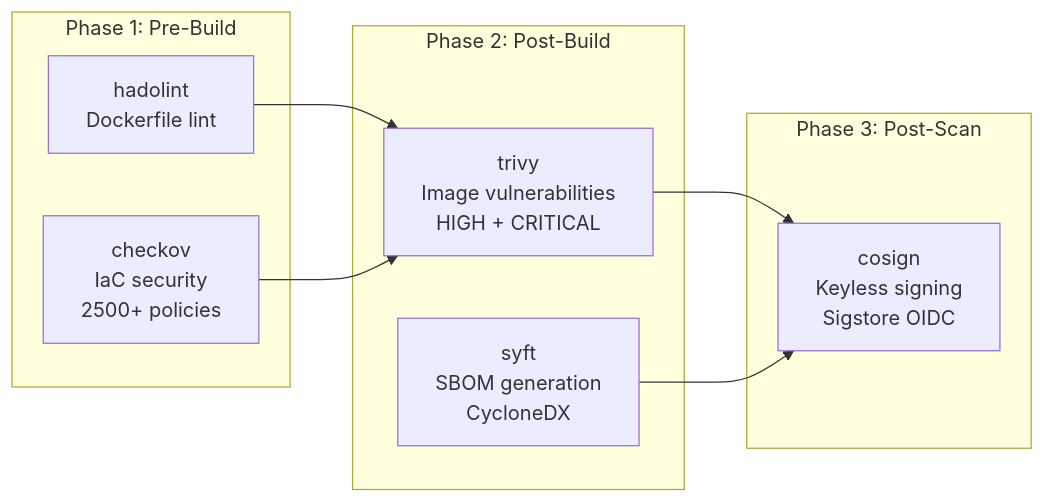
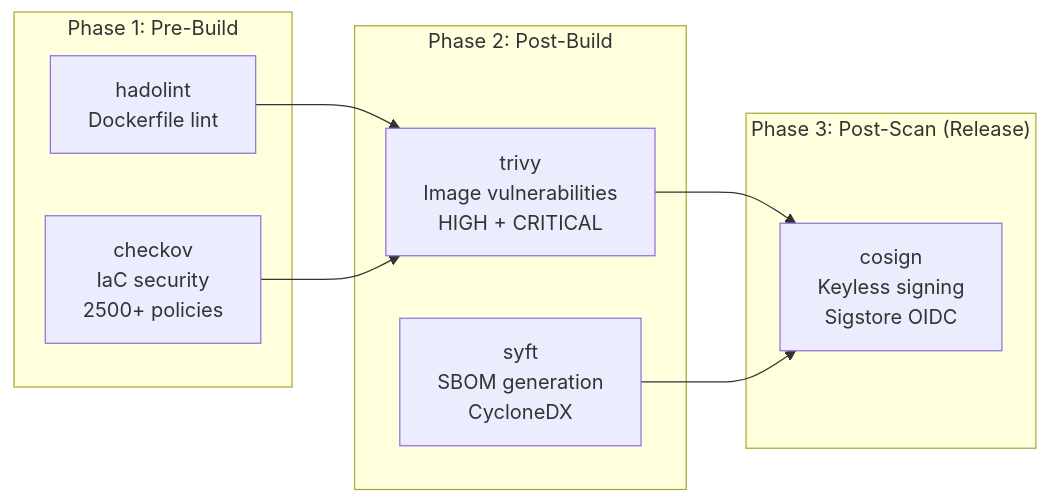
Before and after one commit to theagenticguy/ai-gateway: the second of 2 diagrams in docs/src/content/docs/developer-guide/ci-cd.md, drawn with Mermaid. The commit also changed other lines of this file and 10 other files, not shown here.

````diff
--- a/docs/src/content/docs/developer-guide/ci-cd.md
+++ b/docs/src/content/docs/developer-guide/ci-cd.md
@@ -117,21 +141,21 @@
 ```mermaid
 flowchart LR
     subgraph "Phase 1: Pre-Build"
         H[hadolint<br>Dockerfile lint]
         CH[checkov<br>IaC security<br>2500+ policies]
     end
 
     subgraph "Phase 2: Post-Build"
         T[trivy<br>Image vulnerabilities<br>HIGH + CRITICAL]
         S[syft<br>SBOM generation<br>CycloneDX]
     end
 
-    subgraph "Phase 3: Post-Scan"
+    subgraph "Phase 3: Post-Scan (Release)"
         CO[cosign<br>Keyless signing<br>Sigstore OIDC]
     end
 
     H --> T
     CH --> T
     T --> CO
     S --> CO
 ```
````
